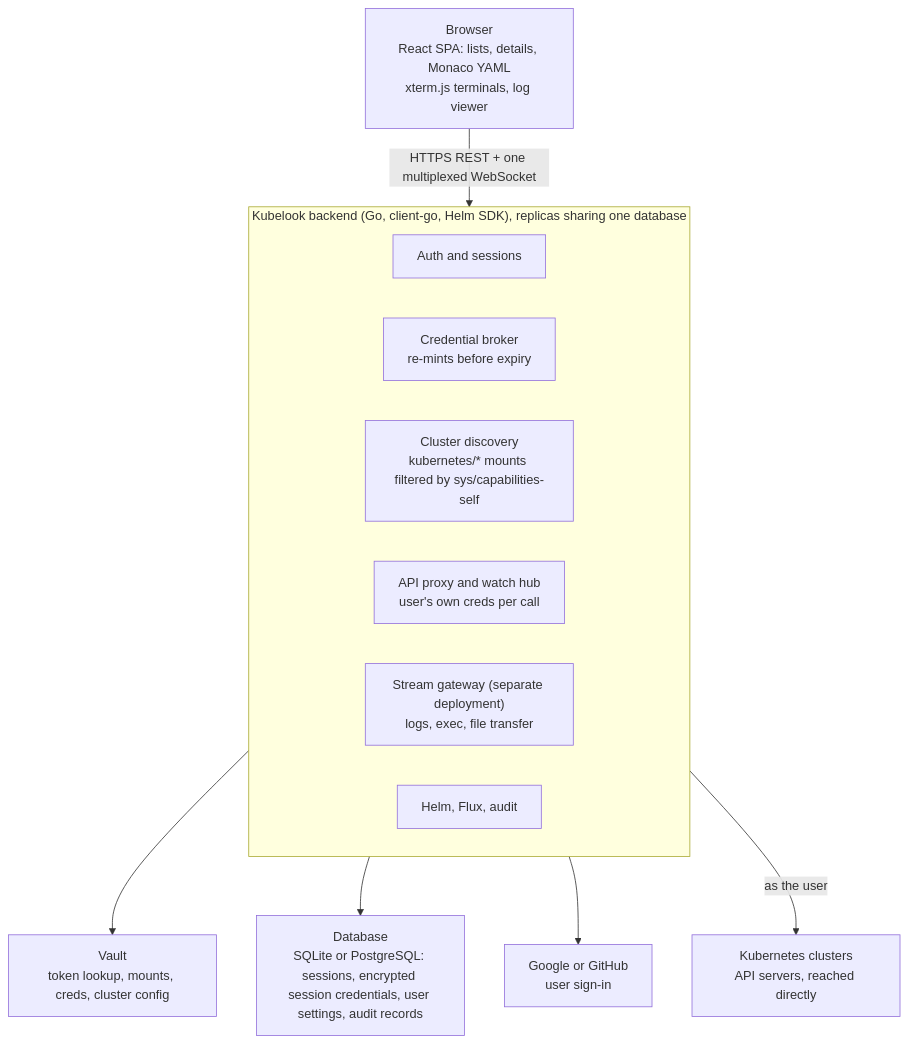
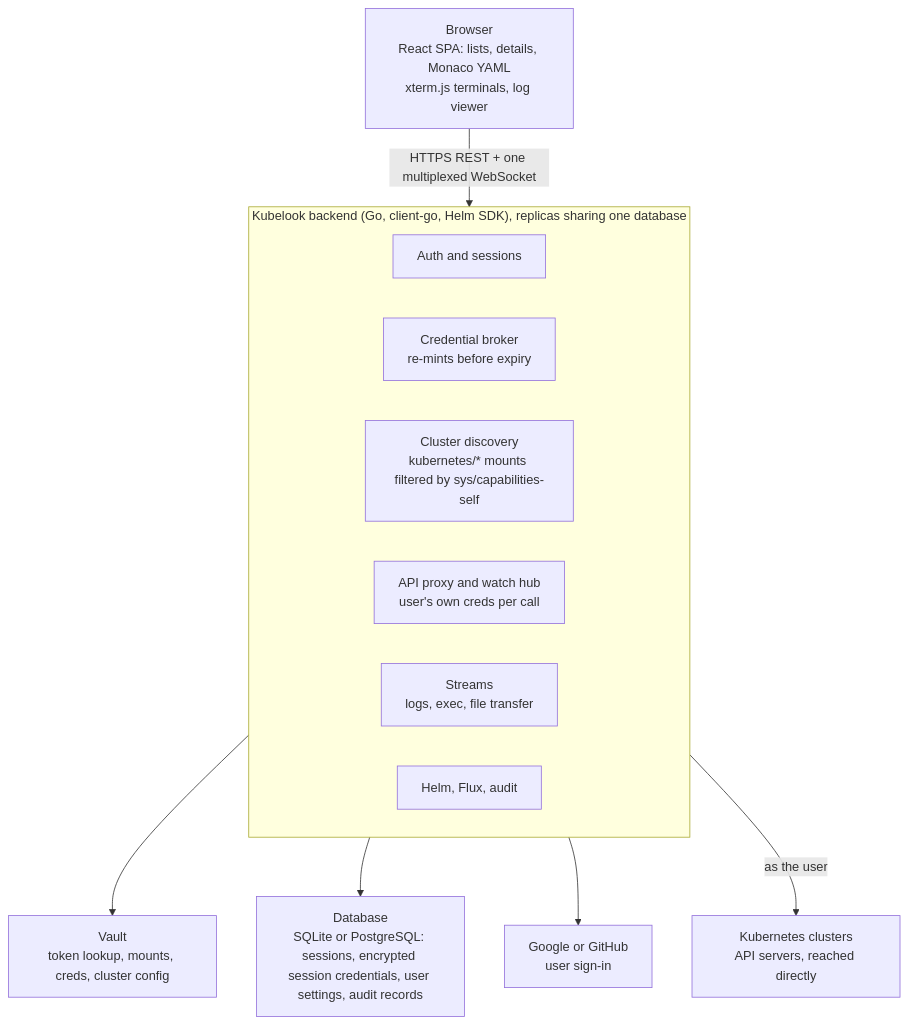
One commit to bdnix/kubelook changed the diagram in docs/spec.md. Above: the diagram before and after it, drawn with Mermaid. The commit also changed other lines of this file, not shown here.

````diff
--- a/docs/spec.md
+++ b/docs/spec.md
@@ -125,21 +125,21 @@
 ```mermaid
 flowchart TB
   browser["Browser<br/>React SPA: lists, details, Monaco YAML<br/>xterm.js terminals, log viewer"]
   subgraph backend["Kubelook backend (Go, client-go, Helm SDK), replicas sharing one database"]
     auth["Auth and sessions"]
     broker["Credential broker<br/>re-mints before expiry"]
     discovery["Cluster discovery<br/>kubernetes/* mounts filtered by sys/capabilities-self"]
     proxy["API proxy and watch hub<br/>user's own creds per call"]
-    streams["Stream gateway (separate deployment)<br/>logs, exec, file transfer"]
+    streams["Streams<br/>logs, exec, file transfer"]
     ops["Helm, Flux, audit"]
   end
   vault["Vault<br/>token lookup, mounts, creds, cluster config"]
   store["Database<br/>SQLite or PostgreSQL: sessions, encrypted session credentials, user settings, audit records"]
   idp["Google or GitHub<br/>user sign-in"]
   clusters["Kubernetes clusters<br/>API servers, reached directly"]
   browser -- "HTTPS REST + one multiplexed WebSocket" --> backend
   backend --> vault
   backend --> store
   backend --> idp
   backend -- "as the user" --> clusters
 ```
````
